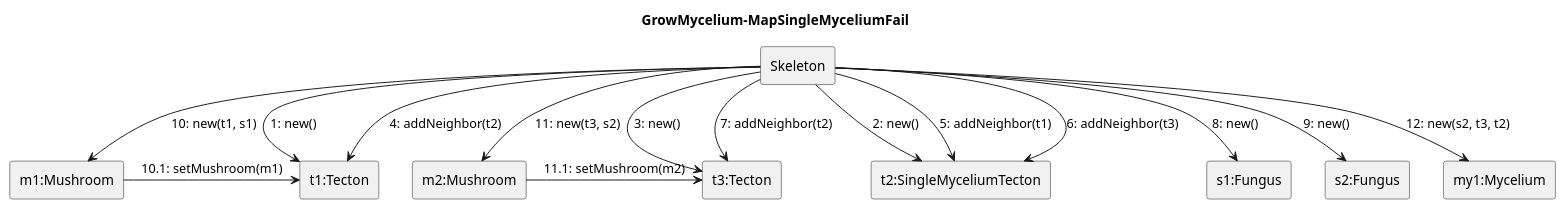
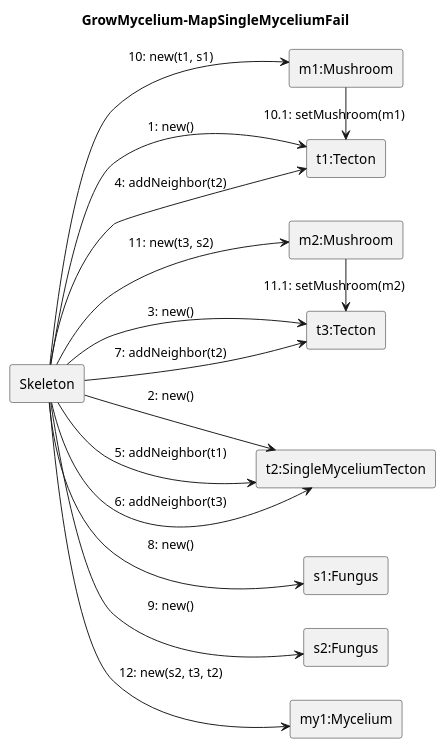
The diagram in Skeleton/Grow-mycelium/map-singlemycelium-fail.pu (ZD4ve/projlab-error521), drawn with PlantUML before and after one commit. The commit also changed 2 other files, not shown here.

```diff
--- a/Skeleton/Grow-mycelium/map-singlemycelium-fail.pu
+++ b/Skeleton/Grow-mycelium/map-singlemycelium-fail.pu
@@ -1,31 +1,32 @@
 @startuml
-skinparam linestyle ortho
+'skinparam linestyle ortho
+left to right direction
 title GrowMycelium-MapSingleMyceliumFail
 
 rectangle Skeleton
 
 rectangle "t1:Tecton" as t1
 rectangle "t2:SingleMyceliumTecton" as t2
 rectangle "t3:Tecton" as t3
 rectangle "s1:Fungus" as s1
 rectangle "s2:Fungus" as s2
 rectangle "m1:Mushroom" as m1
 rectangle "m2:Mushroom" as m2
 rectangle "my1:Mycelium" as my1
 
 Skeleton --> t1 : "1: new()"
 Skeleton --> t2 : "2: new()"
 Skeleton --> t3 : "3: new()"
 Skeleton --> t1 : "4: addNeighbor(t2)"
 Skeleton --> t2 : "5: addNeighbor(t1)"
 Skeleton --> t2 : "6: addNeighbor(t3)"
 Skeleton --> t3 : "7: addNeighbor(t2)"
 Skeleton --> s1 : "8: new()"
 Skeleton --> s2 : "9: new()"
 Skeleton --> m1 : "10: new(t1, s1)"
 m1 -> t1 : "10.1: setMushroom(m1)"
 Skeleton --> m2 : "11: new(t3, s2)"
 m2 -> t3 : "11.1: setMushroom(m2)"
 Skeleton --> my1 : "12: new(s2, t3, t2)"
 
 @enduml
```
